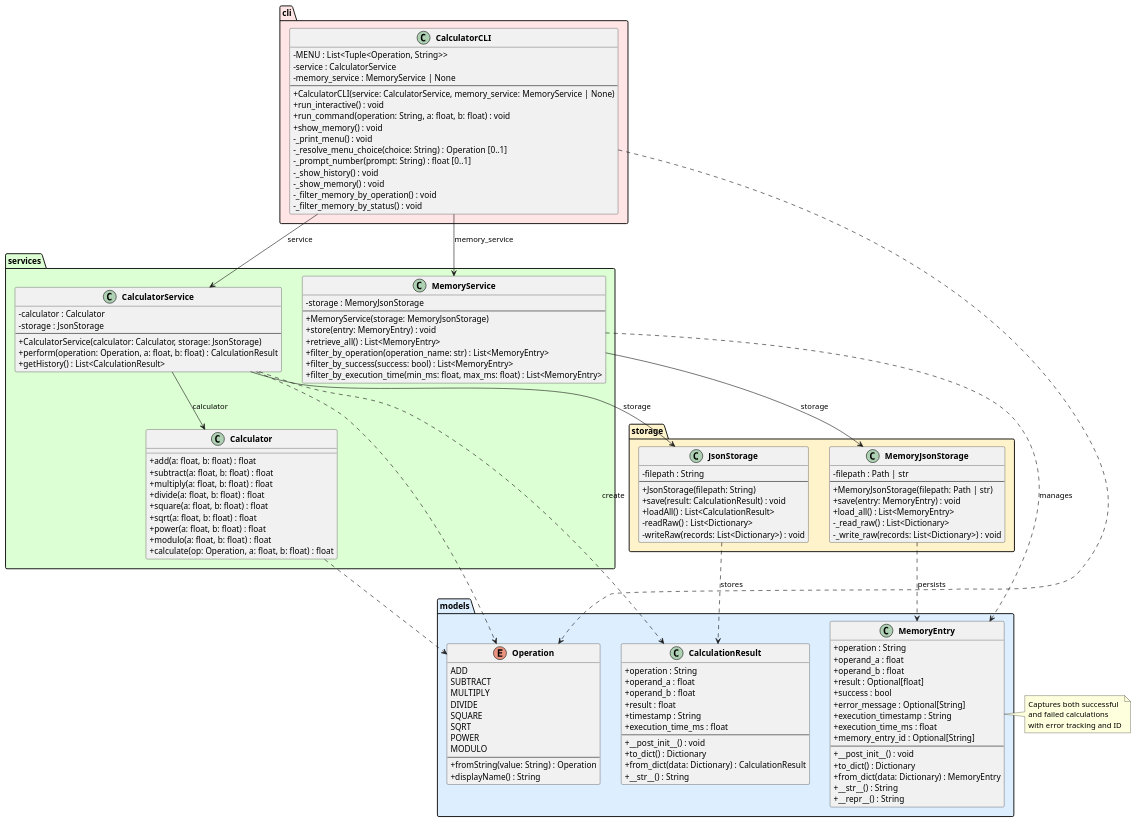
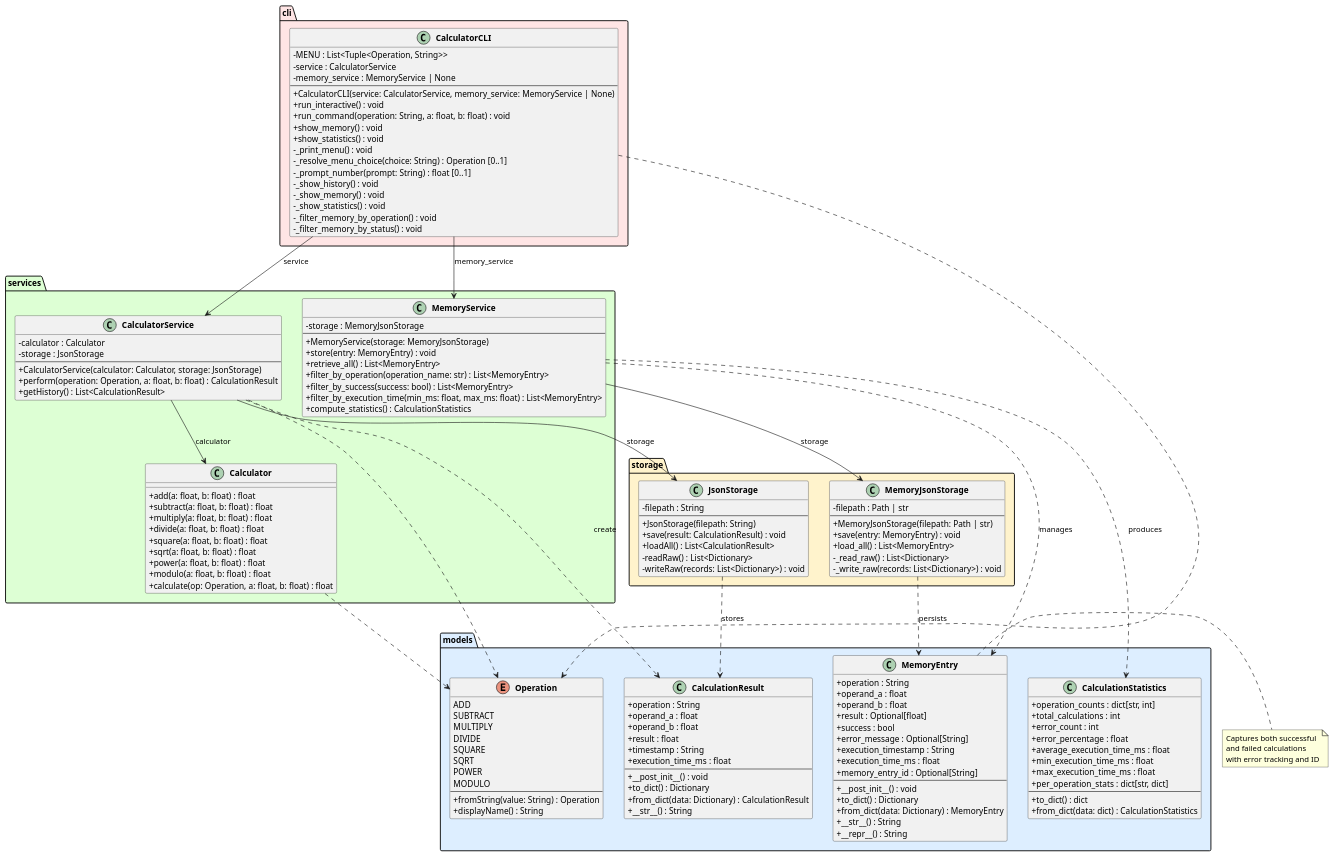
The diagram in experiments/pipeline/structured_text/calculator/artifacts/class_diagram.puml (DanielRiha8906/Software_autoevolution_using_agents), drawn with PlantUML before and after one commit. The commit also changed 14 other files, not shown here.

```diff
--- a/experiments/pipeline/structured_text/calculator/artifacts/class_diagram.puml
+++ b/experiments/pipeline/structured_text/calculator/artifacts/class_diagram.puml
@@ -1,150 +1,168 @@
 @startuml class_diagram
 
 skinparam classAttributeIconSize 0
 skinparam classFontStyle bold
 
 package "models" #DDEEFF {
     enum Operation {
         ADD
         SUBTRACT
         MULTIPLY
         DIVIDE
         SQUARE
         SQRT
         POWER
         MODULO
         --
         +fromString(value: String) : Operation
         +displayName() : String
     }
 
     class CalculationResult {
         +operation : String
         +operand_a : float
         +operand_b : float
         +result : float
         +timestamp : String
         +execution_time_ms : float
         --
         +__post_init__() : void
         +to_dict() : Dictionary
         +from_dict(data: Dictionary) : CalculationResult
         +__str__() : String
     }
 
     class MemoryEntry {
         +operation : String
         +operand_a : float
         +operand_b : float
         +result : Optional[float]
         +success : bool
         +error_message : Optional[String]
         +execution_timestamp : String
         +execution_time_ms : float
         +memory_entry_id : Optional[String]
         --
         +__post_init__() : void
         +to_dict() : Dictionary
         +from_dict(data: Dictionary) : MemoryEntry
         +__str__() : String
         +__repr__() : String
     }
+
+    class CalculationStatistics {
+        +operation_counts : dict[str, int]
+        +total_calculations : int
+        +error_count : int
+        +error_percentage : float
+        +average_execution_time_ms : float
+        +min_execution_time_ms : float
+        +max_execution_time_ms : float
+        +per_operation_stats : dict[str, dict]
+        --
+        +to_dict() : dict
+        +from_dict(data: dict) : CalculationStatistics
+    }
 }
 
 package "services" #DDFFD4 {
     class Calculator {
         +add(a: float, b: float) : float
         +subtract(a: float, b: float) : float
         +multiply(a: float, b: float) : float
         +divide(a: float, b: float) : float
         +square(a: float, b: float) : float
         +sqrt(a: float, b: float) : float
         +power(a: float, b: float) : float
         +modulo(a: float, b: float) : float
         +calculate(op: Operation, a: float, b: float) : float
     }
 
     class CalculatorService {
         -calculator : Calculator
         -storage : JsonStorage
         --
         +CalculatorService(calculator: Calculator, storage: JsonStorage)
         +perform(operation: Operation, a: float, b: float) : CalculationResult
         +getHistory() : List<CalculationResult>
     }
 
     class MemoryService {
         -storage : MemoryJsonStorage
         --
         +MemoryService(storage: MemoryJsonStorage)
         +store(entry: MemoryEntry) : void
         +retrieve_all() : List<MemoryEntry>
         +filter_by_operation(operation_name: str) : List<MemoryEntry>
         +filter_by_success(success: bool) : List<MemoryEntry>
         +filter_by_execution_time(min_ms: float, max_ms: float) : List<MemoryEntry>
+        +compute_statistics() : CalculationStatistics
     }
 }
 
 package "storage" #FFF3CC {
     class JsonStorage {
         -filepath : String
         --
         +JsonStorage(filepath: String)
         +save(result: CalculationResult) : void
         +loadAll() : List<CalculationResult>
         -readRaw() : List<Dictionary>
         -writeRaw(records: List<Dictionary>) : void
     }
 
     class MemoryJsonStorage {
         -filepath : Path | str
         --
         +MemoryJsonStorage(filepath: Path | str)
         +save(entry: MemoryEntry) : void
         +load_all() : List<MemoryEntry>
         -_read_raw() : List<Dictionary>
         -_write_raw(records: List<Dictionary>) : void
     }
 }
 
 package "cli" #FFE5E5 {
     class CalculatorCLI {
         -MENU : List<Tuple<Operation, String>>
         -service : CalculatorService
         -memory_service : MemoryService | None
         --
         +CalculatorCLI(service: CalculatorService, memory_service: MemoryService | None)
         +run_interactive() : void
         +run_command(operation: String, a: float, b: float) : void
         +show_memory() : void
+        +show_statistics() : void
         -_print_menu() : void
         -_resolve_menu_choice(choice: String) : Operation [0..1]
         -_prompt_number(prompt: String) : float [0..1]
         -_show_history() : void
         -_show_memory() : void
+        -_show_statistics() : void
         -_filter_memory_by_operation() : void
         -_filter_memory_by_status() : void
     }
 }
 
 CalculatorCLI --> CalculatorService : service
 CalculatorCLI --> MemoryService : memory_service
 CalculatorService --> Calculator : calculator
 CalculatorService --> JsonStorage : storage
 MemoryService --> MemoryJsonStorage : storage
 
 CalculatorService ..> CalculationResult : create
 CalculatorService ..> Operation
 CalculatorCLI ..> Operation
 Calculator ..> Operation
 JsonStorage ..> CalculationResult : stores
 MemoryService ..> MemoryEntry : manages
+MemoryService ..> CalculationStatistics : produces
 MemoryJsonStorage ..> MemoryEntry : persists
 
 note right of MemoryEntry
   Captures both successful
   and failed calculations
   with error tracking and ID
 end note
 
 @enduml
```
